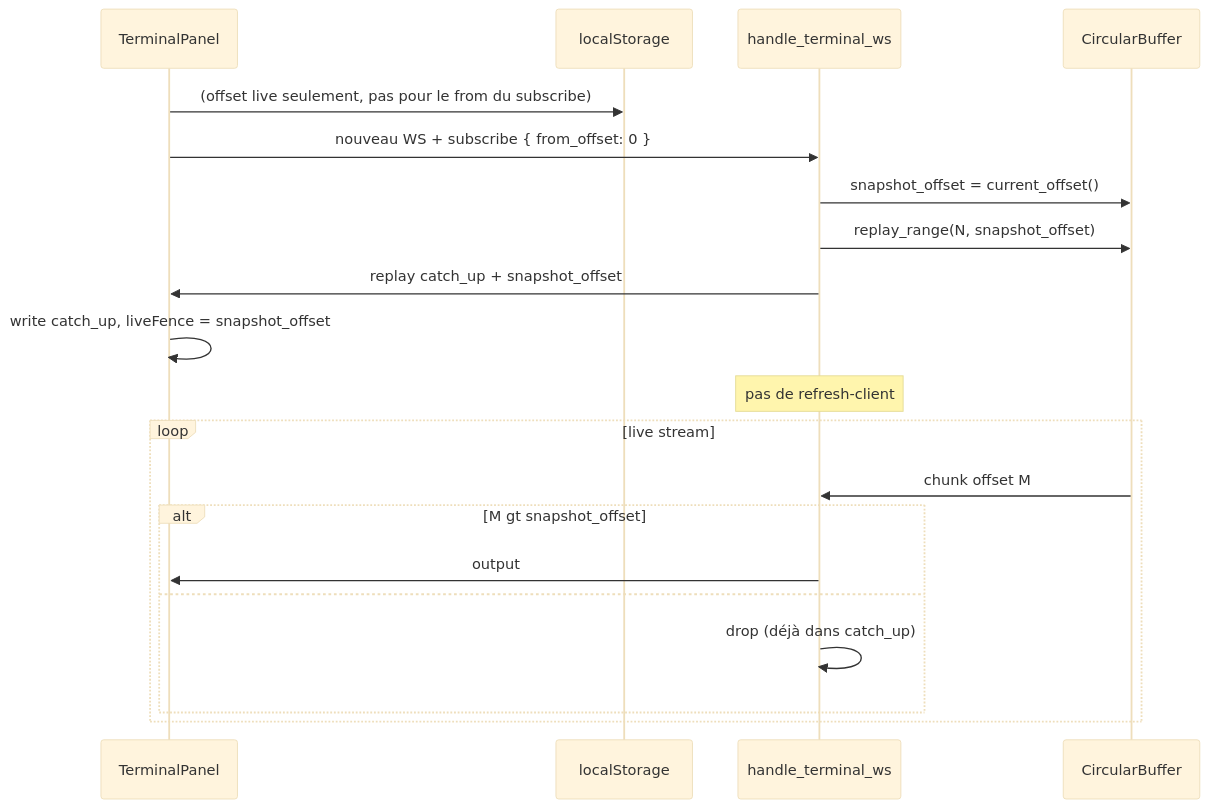
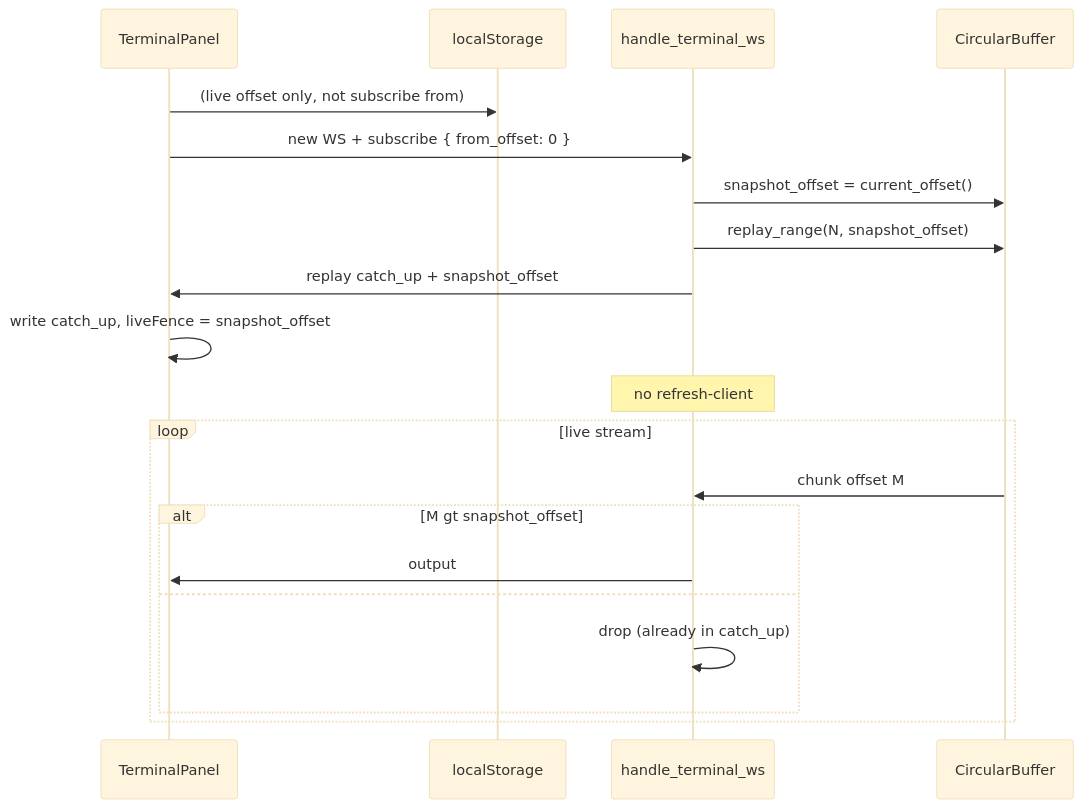
Before and after one commit to bunnyandcloud/bunny: the third of 4 diagrams in docs/architecture/terminals.md, drawn with Mermaid (base theme). The commit also changed other lines of this file and 34 other files, not shown here.

````diff
--- a/docs/architecture/terminals.md
+++ b/docs/architecture/terminals.md
@@ -228,23 +228,23 @@
 ```mermaid
 sequenceDiagram
   participant TP as TerminalPanel
   participant LS as localStorage
   participant WS as handle_terminal_ws
   participant Buf as CircularBuffer
 
-  TP->>LS: (offset live seulement, pas pour le from du subscribe)
-  TP->>WS: nouveau WS + subscribe { from_offset: 0 }
+  TP->>LS: (live offset only, not subscribe from)
+  TP->>WS: new WS + subscribe { from_offset: 0 }
   WS->>Buf: snapshot_offset = current_offset()
   WS->>Buf: replay_range(N, snapshot_offset)
   WS->>TP: replay catch_up + snapshot_offset
   TP->>TP: write catch_up, liveFence = snapshot_offset
-  Note over WS: pas de refresh-client
+  Note over WS: no refresh-client
   loop live stream
     Buf->>WS: chunk offset M
     alt M gt snapshot_offset
       WS->>TP: output
     else
-      WS->>WS: drop (déjà dans catch_up)
+      WS->>WS: drop (already in catch_up)
     end
   end
 ```
````
